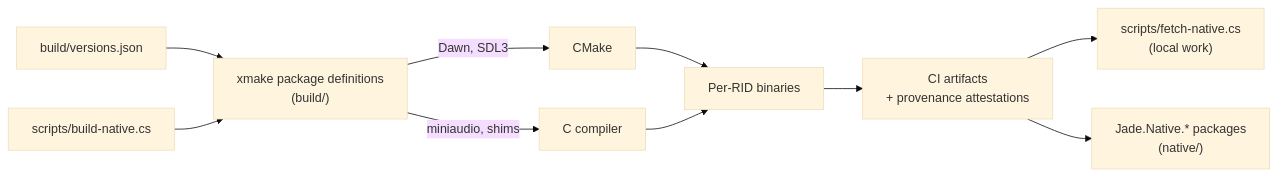
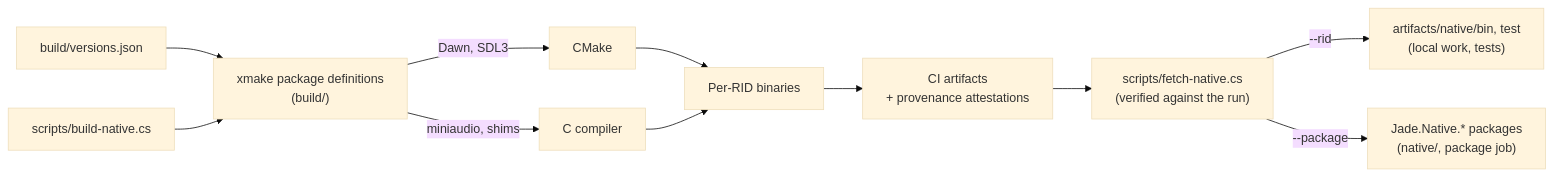
Before and after one commit to AerafalDev/Jade: the third of 3 diagrams in docs/architecture.md, drawn with Mermaid (base theme). The commit also changed other lines of this file and 19 other files, not shown here.

Commit message:
build: pack the natives of every runtime identifier into the `Jade.Native` packages (#13)

````diff
--- a/docs/architecture.md
+++ b/docs/architecture.md
@@ -152,12 +152,13 @@
 ```mermaid
 flowchart LR
     versions["build/versions.json"] --> xmake["xmake package definitions<br/>(build/)"]
     xmake -->|Dawn, SDL3| cmake["CMake"]
     xmake -->|miniaudio, shims| cc["C compiler"]
     cmake --> bins["Per-RID binaries"]
     cc --> bins
     bins --> ci["CI artifacts<br/>+ provenance attestations"]
-    ci --> fetch["scripts/fetch-native.cs<br/>(local work)"]
-    ci --> pkgs["Jade.Native.* packages<br/>(native/)"]
+    ci --> fetch["scripts/fetch-native.cs<br/>(verified against the run)"]
+    fetch -->|"--rid"| workdir["artifacts/native/bin, test<br/>(local work, tests)"]
+    fetch -->|"--package"| pkgs["Jade.Native.* packages<br/>(native/, package job)"]
     local["scripts/build-native.cs"] --> xmake
 ```
````
